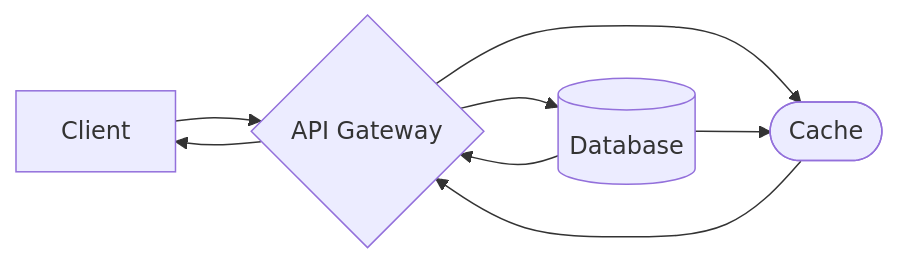
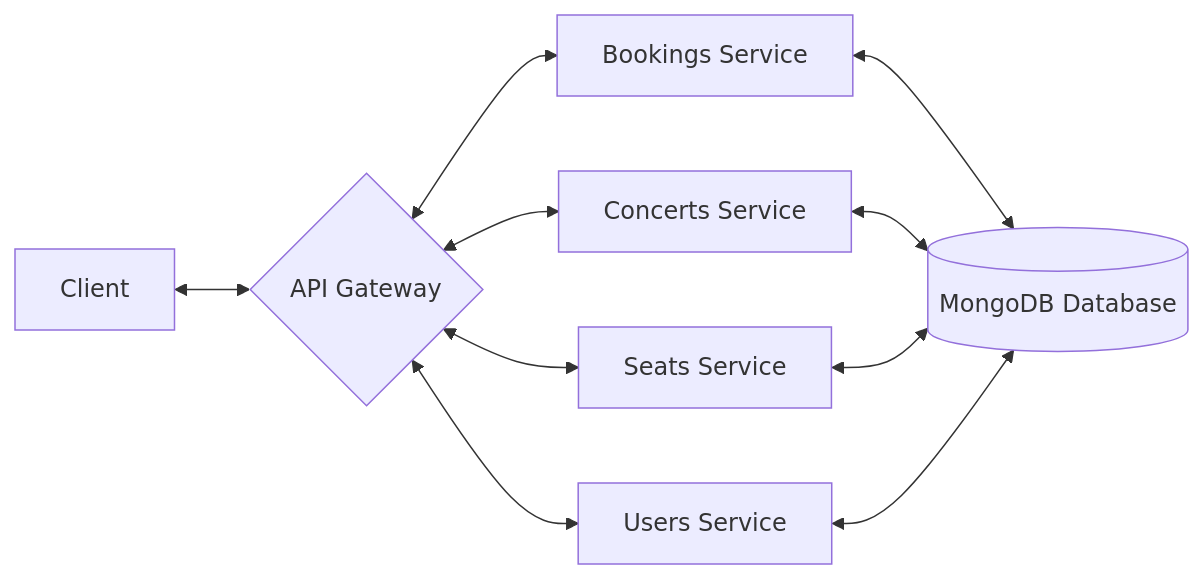
The diagram in README.md (thomascedge/bigcat), drawn with Mermaid before and after one commit. The commit also changed other lines of this file and 15 other files, not shown here.

````diff
--- a/README.md
+++ b/README.md
@@ -59,15 +9,20 @@
 ```mermaid
 flowchart LR
 	A[Client]
 	B{API Gateway}
-	C[(Database)]
-	D([Cache])
-	
-	A --> B
-    B --> A
-	B --> C
-	B --> D
-	C --> B
-	C --> D
-	D --> B
+	C[Bookings Service]
+	D[Concerts Service]
+	E[Seats Service]
+	F[Users Service]
+	G[(MongoDB Database)]
+
+	A <--> B
+	B <--> C
+	B <--> D
+	B <--> E
+	B <--> F
+	C <--> G
+	D <--> G
+	E <--> G
+	F <--> G
 ```
````
